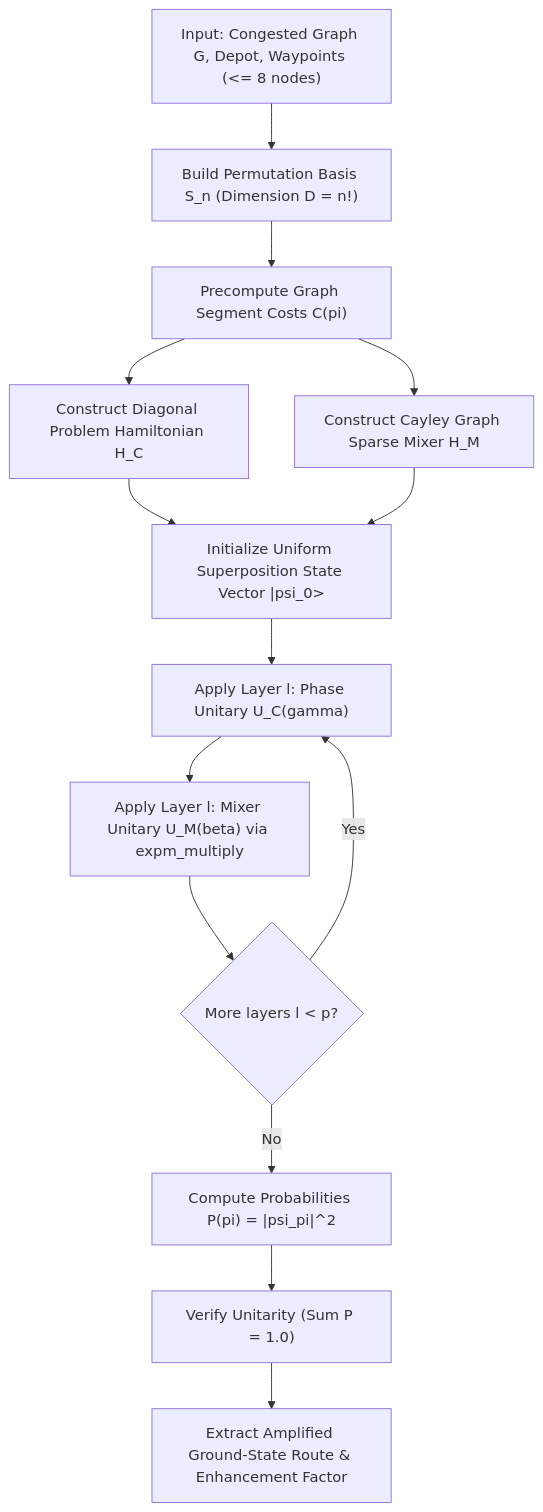
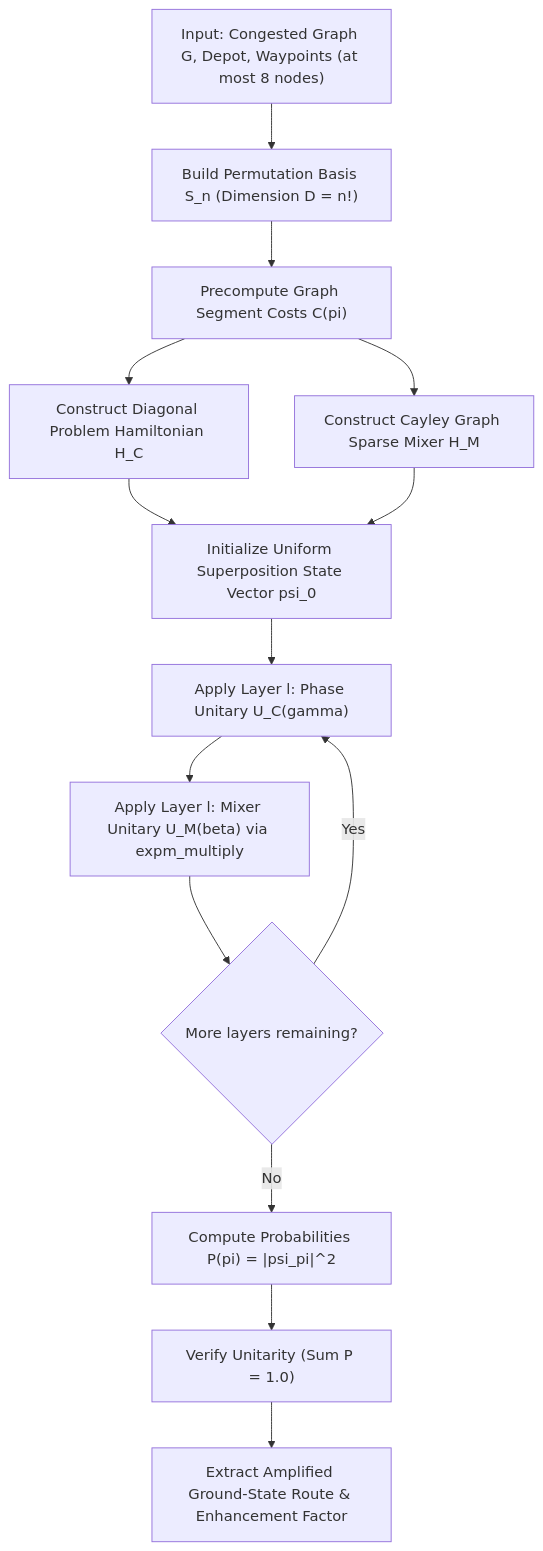
The second of 2 diagrams in docs/algorithms/10_qwoa_quantum_walk.md (Santhosh-p653/egreen-quanta), drawn with Mermaid before and after one commit. The commit also changed other lines of this file and 48 other files, not shown here.

````diff
--- a/docs/algorithms/10_qwoa_quantum_walk.md
+++ b/docs/algorithms/10_qwoa_quantum_walk.md
@@ -104,16 +104,16 @@
 ```mermaid
 flowchart TD
-    A["Input: Congested Graph G, Depot, Waypoints (<= 8 nodes)"] --> B["Build Permutation Basis S_n (Dimension D = n!)"]
+    A["Input: Congested Graph G, Depot, Waypoints (at most 8 nodes)"] --> B["Build Permutation Basis S_n (Dimension D = n!)"]
     B --> C["Precompute Graph Segment Costs C(pi)"]
     C --> D["Construct Diagonal Problem Hamiltonian H_C"]
     C --> E["Construct Cayley Graph Sparse Mixer H_M"]
-    D --> F["Initialize Uniform Superposition State Vector |psi_0>"]
+    D --> F["Initialize Uniform Superposition State Vector psi_0"]
     E --> F
     F --> G["Apply Layer l: Phase Unitary U_C(gamma)"]
     G --> H["Apply Layer l: Mixer Unitary U_M(beta) via expm_multiply"]
-    H --> I{"More layers l < p?"}
+    H --> I{"More layers remaining?"}
     I -- Yes --> G
     I -- No --> J["Compute Probabilities P(pi) = |psi_pi|^2"]
     J --> K["Verify Unitarity (Sum P = 1.0)"]
     K --> L["Extract Amplified Ground-State Route & Enhancement Factor"]
 ```
````
